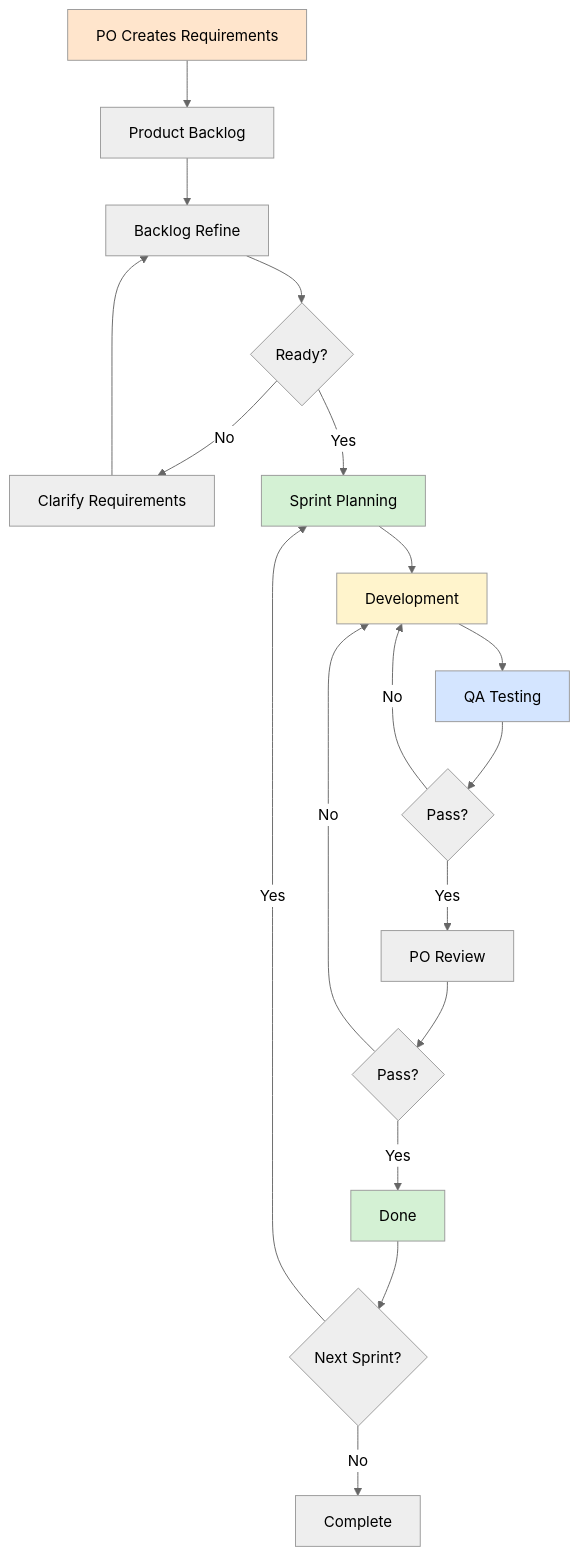
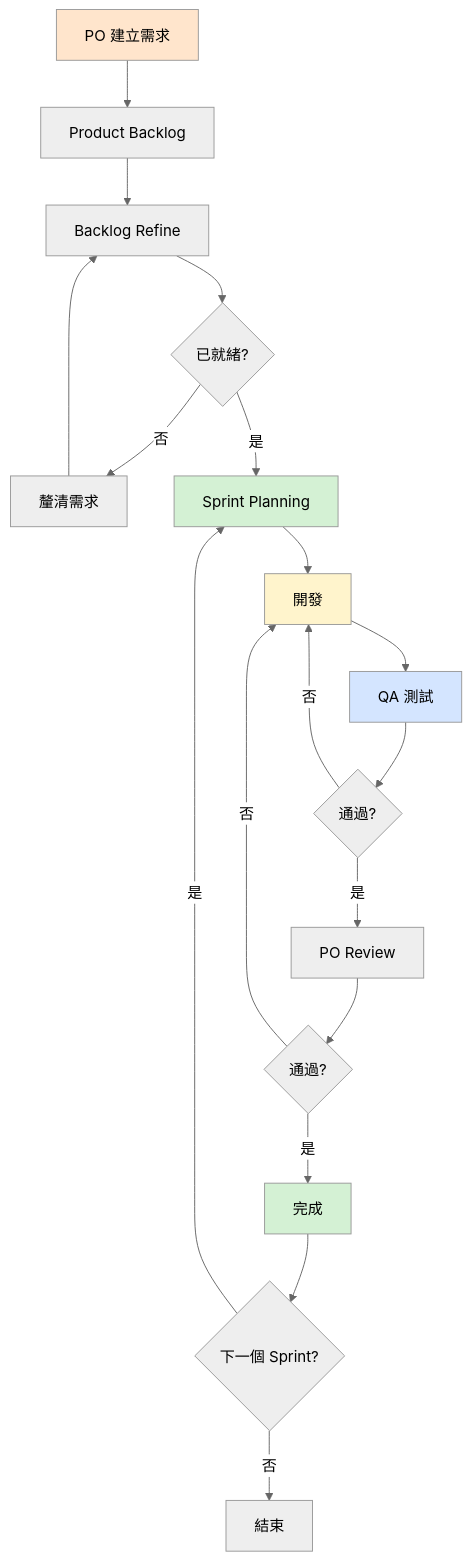
Before and after one commit to kero13ro/Code-Beyond: the diagram in content/Software development process/2-1 Scrum Process.md, drawn with Mermaid (neutral theme). The commit also changed other lines of this file and 42 other files, not shown here.

````diff
--- a/content/Software development process/2-1 Scrum Process.md
+++ b/content/Software development process/2-1 Scrum Process.md
@@ -5,31 +12,31 @@
 ```mermaid
 graph TD
-    Start[PO Creates Requirements] --> CreateBacklog[Product Backlog]
+    Start[PO 建立需求] --> CreateBacklog[Product Backlog]
     CreateBacklog --> Refine[Backlog Refine]
 
-    Refine --> ReadyCheck{Ready?}
-    ReadyCheck -->|No| Clarify[Clarify Requirements]
+    Refine --> ReadyCheck{已就緒?}
+    ReadyCheck -->|否| Clarify[釐清需求]
     Clarify --> Refine
 
-    ReadyCheck -->|Yes| Planning[Sprint Planning]
-    Planning --> Development[Development]
-    Development --> QA[QA Testing]
+    ReadyCheck -->|是| Planning[Sprint Planning]
+    Planning --> Development[開發]
+    Development --> QA[QA 測試]
 
-    QA --> QAPass{Pass?}
-    QAPass -->|No| Development
-    QAPass -->|Yes| POReview[PO Review]
+    QA --> QAPass{通過?}
+    QAPass -->|否| Development
+    QAPass -->|是| POReview[PO Review]
 
-    POReview --> ReviewPass{Pass?}
-    ReviewPass -->|No| Development
-    ReviewPass -->|Yes| Done[Done]
+    POReview --> ReviewPass{通過?}
+    ReviewPass -->|否| Development
+    ReviewPass -->|是| Done[完成]
 
-    Done --> NextSprint{Next Sprint?}
-    NextSprint -->|Yes| Planning
-    NextSprint -->|No| End[Complete]
+    Done --> NextSprint{下一個 Sprint?}
+    NextSprint -->|是| Planning
+    NextSprint -->|否| End[結束]
 
     style Start fill:#ffe5cc
     style Planning fill:#d4f1d4
     style Development fill:#fff4cc
     style QA fill:#d4e5ff
     style Done fill:#d4f1d4
 ```
````
